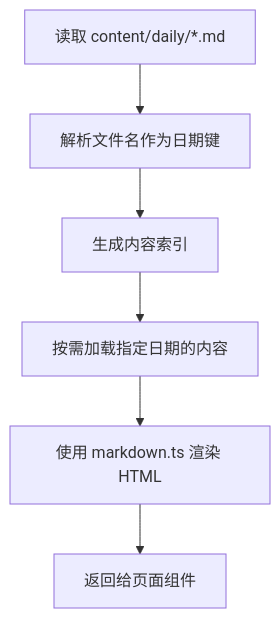
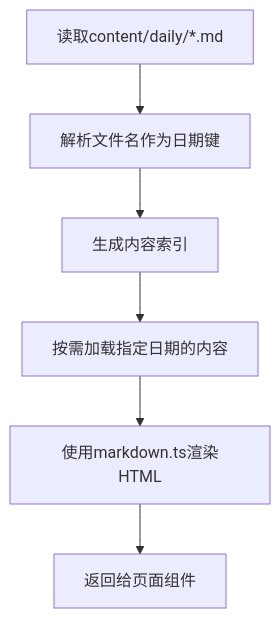
The fifth of 7 diagrams in .qoder/repowiki/zh/content/项目概览.md (Leslie-Chuan/classic-example), drawn with Mermaid before and after one commit. The commit also changed other lines of this file and 45 other files, not shown here.

````diff
--- a/.qoder/repowiki/zh/content/项目概览.md
+++ b/.qoder/repowiki/zh/content/项目概览.md
@@ -224,8 +247,8 @@
 ```mermaid
 flowchart TD
-A["读取 content/daily/*.md"] --> B["解析文件名作为日期键"]
+A["读取content/daily/*.md"] --> B["解析文件名作为日期键"]
 B --> C["生成内容索引"]
 C --> D["按需加载指定日期的内容"]
-D --> E["使用 markdown.ts 渲染 HTML"]
+D --> E["使用markdown.ts渲染HTML"]
 E --> F["返回给页面组件"]
 ```
````
